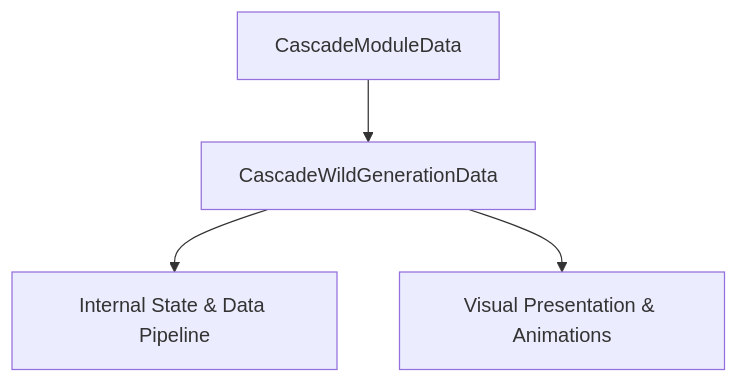
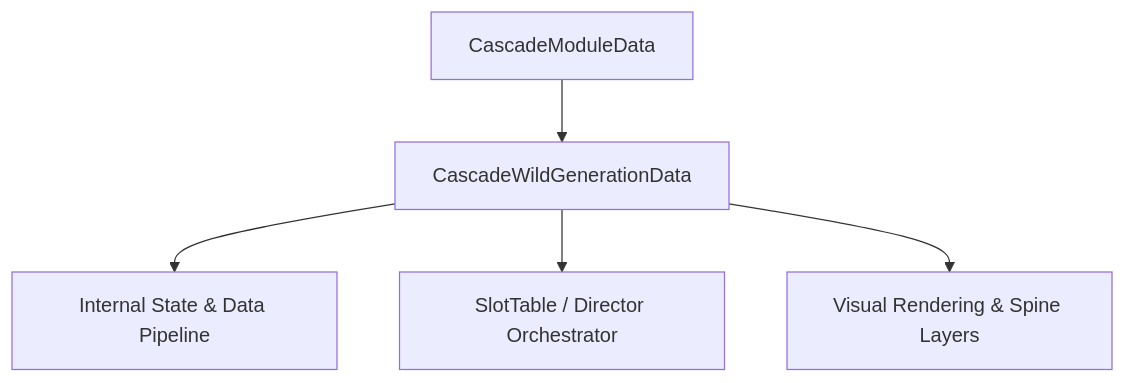
One commit to lam-ark/mcp-fwcc changed the diagram in docs/cc_slot_mechanics/modules/CascadeWildGenerationData/01_overview/01_architecture_and_role.md. Above: the diagram before and after it, drawn with Mermaid. The commit also changed other lines of this file and 2509 other files, not shown here.

````diff
--- a/docs/cc_slot_mechanics/modules/CascadeWildGenerationData/01_overview/01_architecture_and_role.md
+++ b/docs/cc_slot_mechanics/modules/CascadeWildGenerationData/01_overview/01_architecture_and_role.md
@@ -18,6 +24,7 @@
 ```mermaid
 graph TD
-    Parent[CascadeModuleData] --> Mod[CascadeWildGenerationData]
-    Mod --> State[Internal State & Data Pipeline]
-    Mod --> Render[Visual Presentation & Animations]
+    SuperClass[CascadeModuleData] --> TargetClass[CascadeWildGenerationData]
+    TargetClass --> DataPipeline[Internal State & Data Pipeline]
+    TargetClass --> Orchestrator[SlotTable / Director Orchestrator]
+    TargetClass --> ViewLayer[Visual Rendering & Spine Layers]
 ```
````
